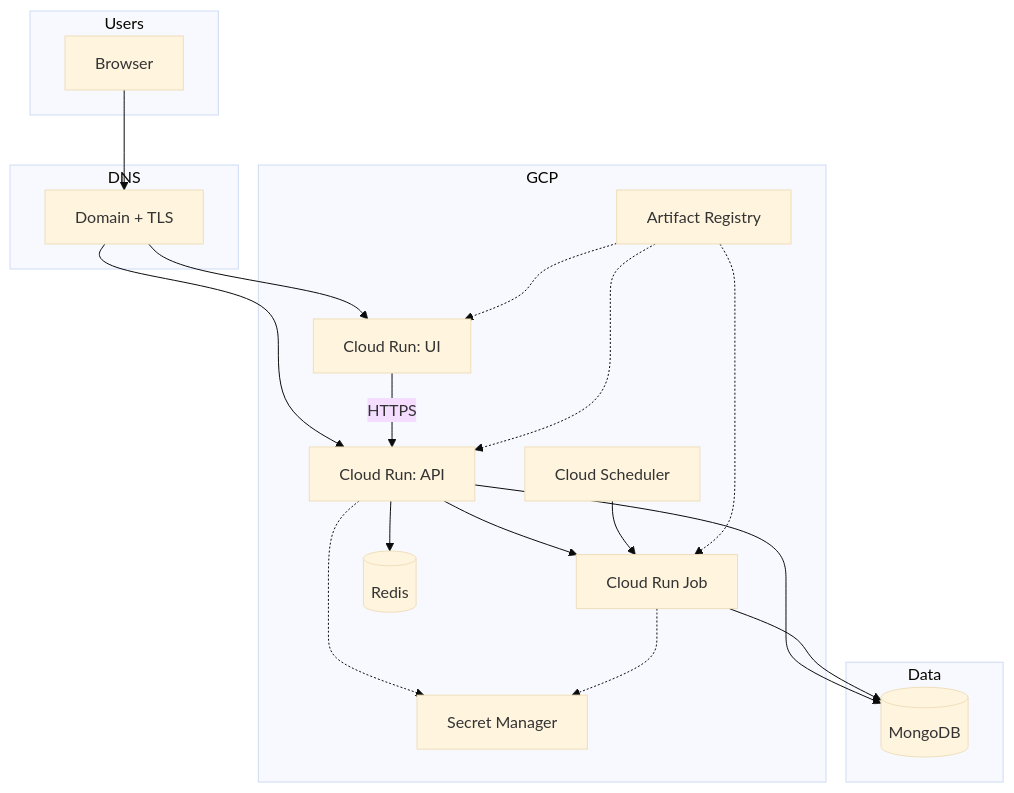
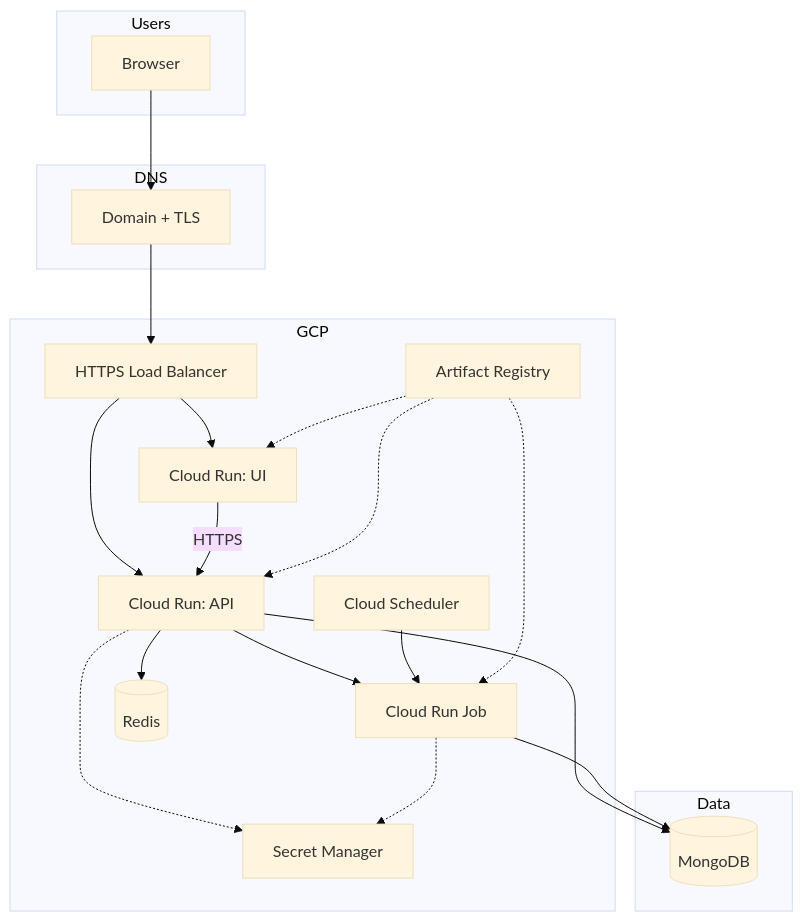
The diagram in docs/CICD-FULL-STACK.md (UttU28/Saral-Job-Viewer), drawn with Mermaid (base theme) before and after one commit. The commit also changed other lines of this file and 8 other files, not shown here.

````diff
--- a/docs/CICD-FULL-STACK.md
+++ b/docs/CICD-FULL-STACK.md
@@ -79,35 +130,37 @@
 ```mermaid
 flowchart TB
   subgraph Users
     U[Browser]
   end
   subgraph DNS
     D[Domain + TLS]
   end
   subgraph GCP["GCP"]
+    LB[HTTPS Load Balancer]
     FE[Cloud Run: UI]
     API[Cloud Run: API]
     JOB[Cloud Run Job]
     R[(Redis)]
     SM[Secret Manager]
     AR[Artifact Registry]
     SCH[Cloud Scheduler]
   end
   subgraph Data
     M[(MongoDB)]
   end
   U --> D
-  D --> FE
-  D --> API
+  D --> LB
+  LB --> FE
+  LB --> API
   FE -->|HTTPS| API
   API --> R
   API --> M
   API --> JOB
   JOB --> M
   SCH --> JOB
   API -.-> SM
   JOB -.-> SM
   AR -.-> FE
   AR -.-> API
   AR -.-> JOB
 ```
````
